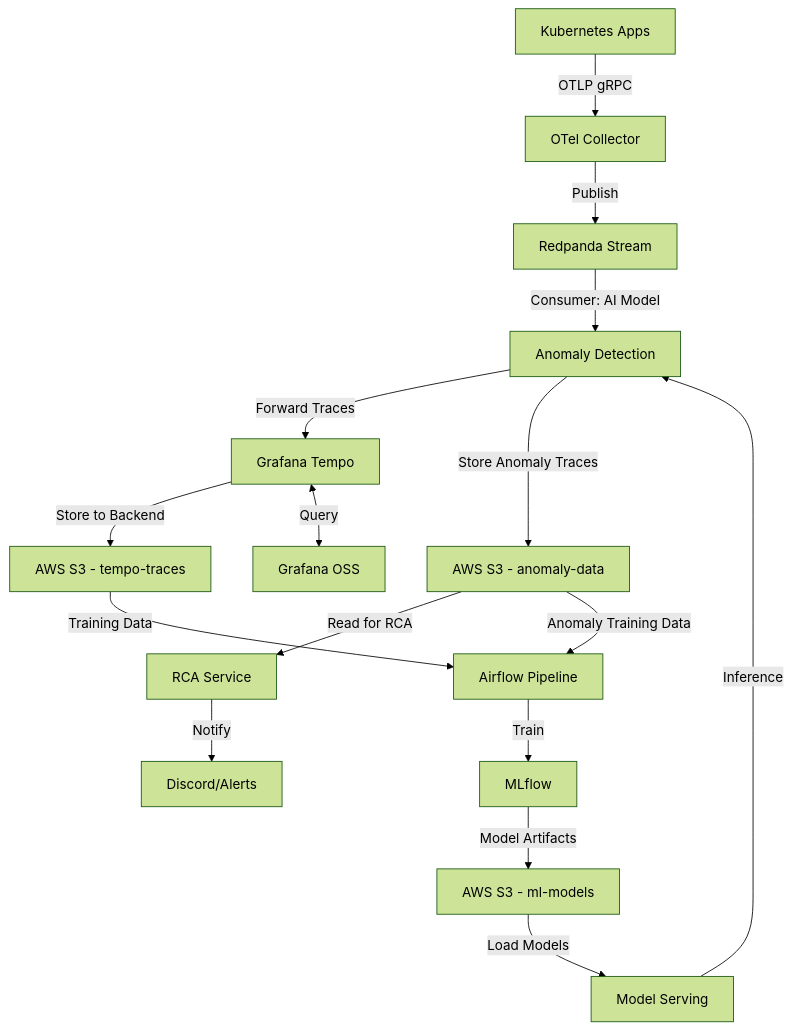
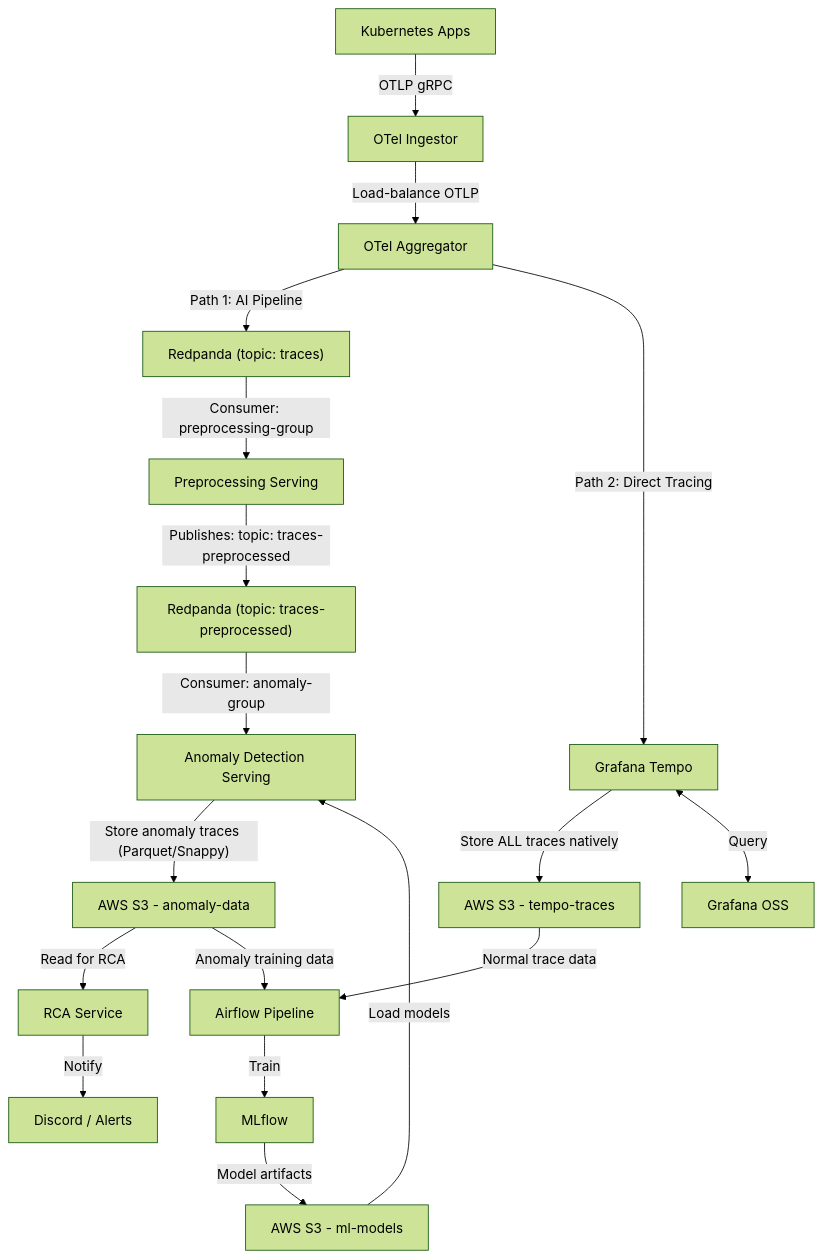
Before and after one commit to MeetingTeam/MyRCA: the second of 2 diagrams in .agent/ai-governance-rules-thesis.md, drawn with Mermaid (forest theme). The commit also changed other lines of this file and 12 other files, not shown here.

````diff
--- a/.agent/ai-governance-rules-thesis.md
+++ b/.agent/ai-governance-rules-thesis.md
@@ -89,18 +89,28 @@
 ```mermaid
 graph TB
-    A[Kubernetes Apps] -->|OTLP gRPC| B[OTel Collector]
-    B -->|Publish| C[Redpanda Stream]
-    C -->|Consumer: AI Model| D[Anomaly Detection]
-    D -->|Forward Traces| E[Grafana Tempo]
-    E -->|Store to Backend| F[AWS S3 - tempo-traces]
-    D -->|Store Anomaly Traces| G[AWS S3 - anomaly-data]
-    E <-->|Query| H[Grafana OSS]
-    G -->|Read for RCA| I[RCA Service]
-    I -->|Notify| J[Discord/Alerts]
-    F -->|Training Data| K[Airflow Pipeline]
-    G -->|Anomaly Training Data| K
-    K -->|Train| L[MLflow]
-    L -->|Model Artifacts| M[AWS S3 - ml-models]
-    M -->|Load Models| N[Model Serving]
-    N -->|Inference| D
+    A["Kubernetes Apps"] -->|OTLP gRPC| B["OTel Ingestor"]
+    B -->|Load-balance OTLP| C["OTel Aggregator"]
+
+    %% Parallel fork
+    C -->|"Path 1: AI Pipeline"| D["Redpanda (topic: traces)"]
+    C -->|"Path 2: Direct Tracing"| H["Grafana Tempo"]
+
+    %% Path 1 – AI/ML pipeline
+    D -->|"Consumer: preprocessing-group"| E["Preprocessing Serving"]
+    E -->|"Publishes: topic: traces-preprocessed"| F["Redpanda (topic: traces-preprocessed)"]
+    F -->|"Consumer: anomaly-group"| G["Anomaly Detection Serving"]
+    G -->|"Store anomaly traces (Parquet/Snappy)"| S1["AWS S3 - anomaly-data"]
+    S1 -->|Read for RCA| I["RCA Service"]
+    I -->|Notify| J["Discord / Alerts"]
+
+    %% Path 2 – Tempo
+    H -->|Store ALL traces natively| S2["AWS S3 - tempo-traces"]
+    H <-->|Query| K["Grafana OSS"]
+
+    %% Training loop
+    S2 -->|Normal trace data| L["Airflow Pipeline"]
+    S1 -->|Anomaly training data| L
+    L -->|Train| M["MLflow"]
+    M -->|Model artifacts| S3["AWS S3 - ml-models"]
+    S3 -->|Load models| G
 ```
````
